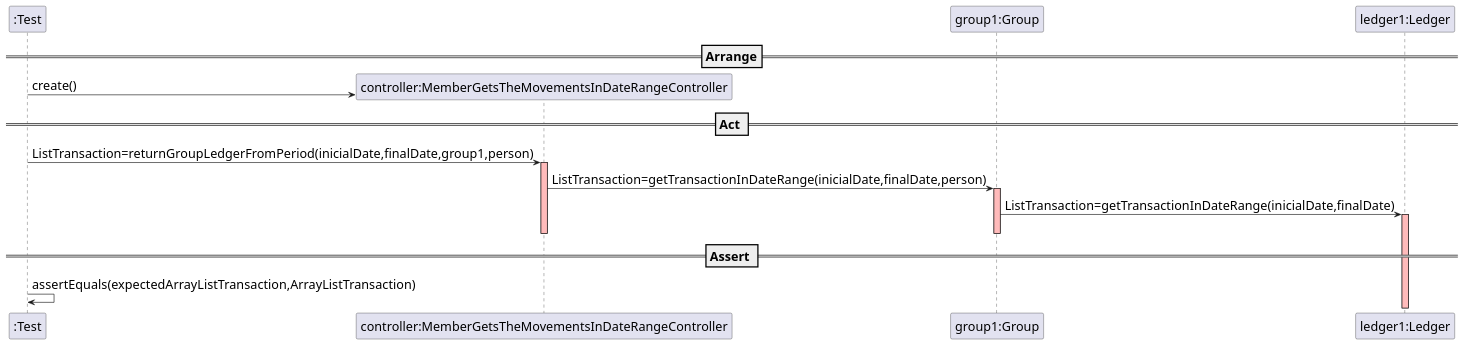
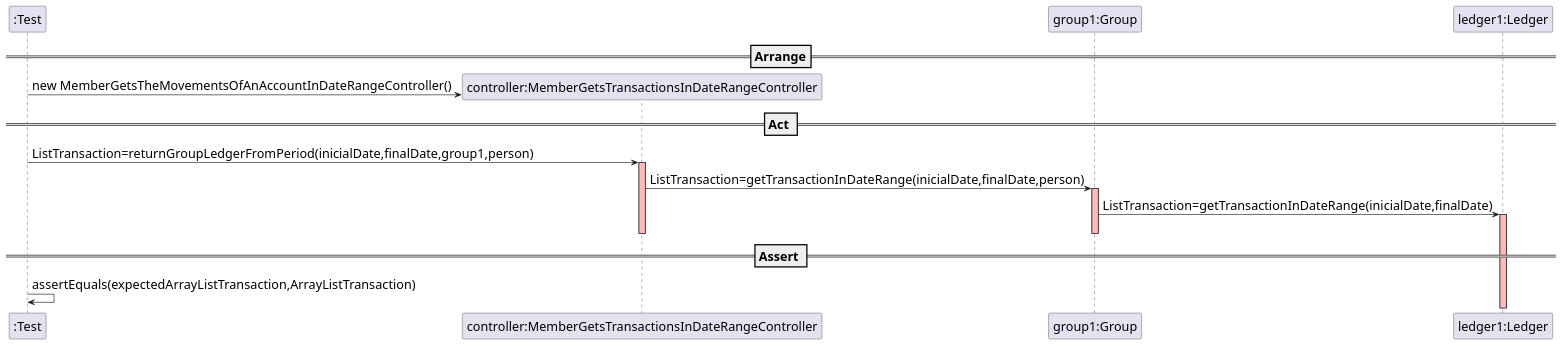
One commit to mleitaoribeiro/DevOpsMaven changed the diagram in docs/SequenceDiagram - US012.puml. Above: the diagram before and after it, drawn with PlantUML. The commit also changed 1 other file, not shown here.

Commit message:
ref#391: Class Diagram - US012, rewrote

```diff
--- a/docs/SequenceDiagram - US012.puml
+++ b/docs/SequenceDiagram - US012.puml
@@ -1,35 +1,35 @@
 @startuml
 skinparam DefaultFontSize 20
 
 create ":Test"
 
 
 
 ==Arrange==
-create "controller:MemberGetsTheMovementsInDateRangeController"
-":Test" -> "controller:MemberGetsTheMovementsInDateRangeController" : create()
+create "controller:MemberGetsTransactionsInDateRangeController"
+":Test" -> "controller:MemberGetsTransactionsInDateRangeController" : new MemberGetsTheMovementsOfAnAccountInDateRangeController()
 participant "group1:Group"
 participant "ledger1:Ledger"
 
 
 == Act ==
 
-":Test" -> "controller:MemberGetsTheMovementsInDateRangeController" : ListTransaction=returnGroupLedgerFromPeriod(inicialDate,finalDate,group1,person)
-activate "controller:MemberGetsTheMovementsInDateRangeController"  #FFBBBB
+":Test" -> "controller:MemberGetsTransactionsInDateRangeController" : ListTransaction=returnGroupLedgerFromPeriod(inicialDate,finalDate,group1,person)
+activate "controller:MemberGetsTransactionsInDateRangeController"  #FFBBBB
 
-"controller:MemberGetsTheMovementsInDateRangeController" -> "group1:Group" : ListTransaction=getTransactionInDateRange(inicialDate,finalDate,person)
+"controller:MemberGetsTransactionsInDateRangeController" -> "group1:Group" : ListTransaction=getTransactionInDateRange(inicialDate,finalDate,person)
 activate "group1:Group"  #FFBBBB
 
 "group1:Group" -> "ledger1:Ledger" : ListTransaction=getTransactionInDateRange(inicialDate,finalDate)
 activate "ledger1:Ledger"  #FFBBBB
 
 
 
 deactivate "group1:Group"  #FFBBBB
-deactivate "controller:MemberGetsTheMovementsInDateRangeController"  #FFBBBB
+deactivate "controller:MemberGetsTransactionsInDateRangeController"  #FFBBBB
 
 == Assert ==
 
 ":Test" -> ":Test" : assertEquals(expectedArrayListTransaction,ArrayListTransaction)
 
 @enduml
```
